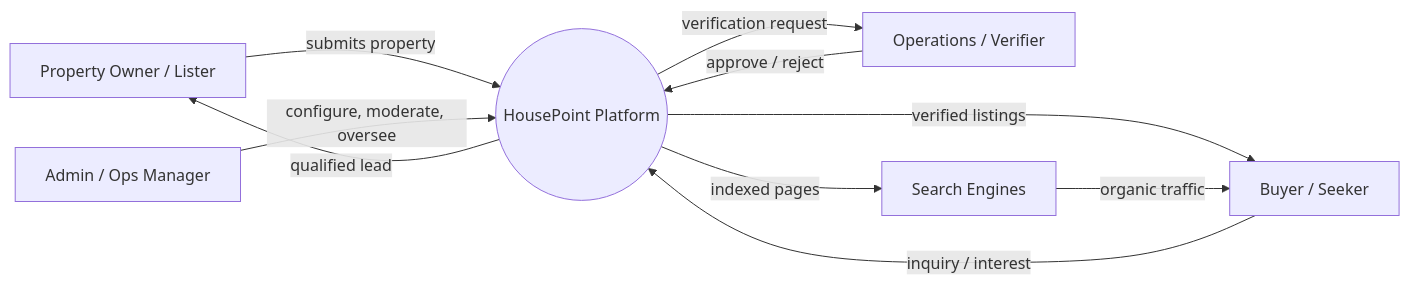
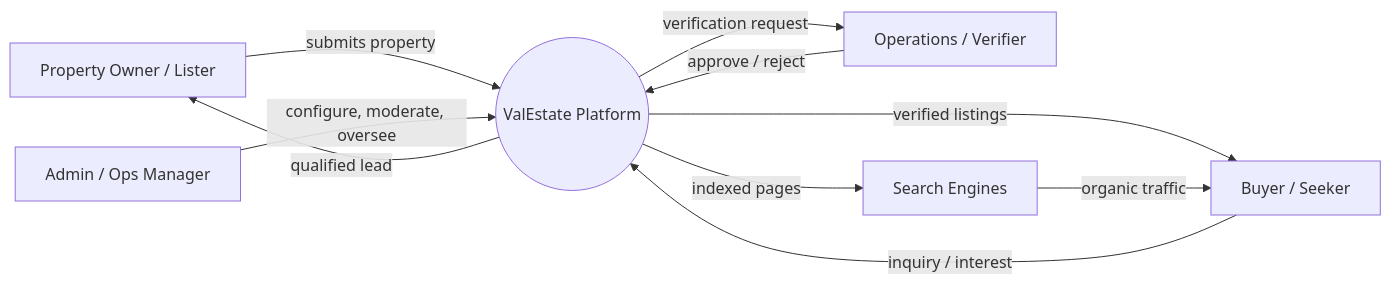
The first of 2 diagrams in docs/01-product-vision-and-strategy.md (rajeshlousigam/valestate), drawn with Mermaid before and after one commit. The commit also changed other lines of this file and 43 other files, not shown here.

First line of the commit message:
Rebrand HousePoint -> ValEstate + new logo mark

````diff
--- a/docs/01-product-vision-and-strategy.md
+++ b/docs/01-product-vision-and-strategy.md
@@ -106,12 +106,12 @@
 ```mermaid
 graph LR
-    O[Property Owner / Lister] -->|submits property| P((HousePoint Platform))
+    O[Property Owner / Lister] -->|submits property| P((ValEstate Platform))
     P -->|verification request| OPS[Operations / Verifier]
     OPS -->|approve / reject| P
     P -->|verified listings| B[Buyer / Seeker]
     B -->|inquiry / interest| P
     P -->|qualified lead| O
     ADMIN[Admin / Ops Manager] -->|configure, moderate, oversee| P
     P -->|indexed pages| SE[Search Engines]
     SE -->|organic traffic| B
 ```
````
